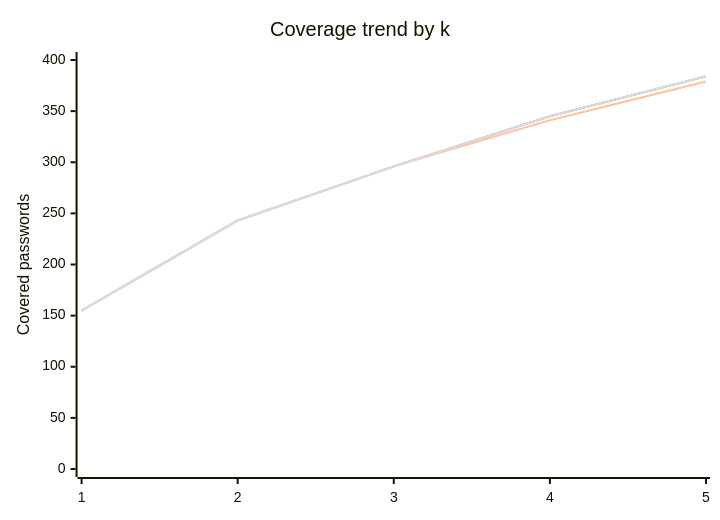
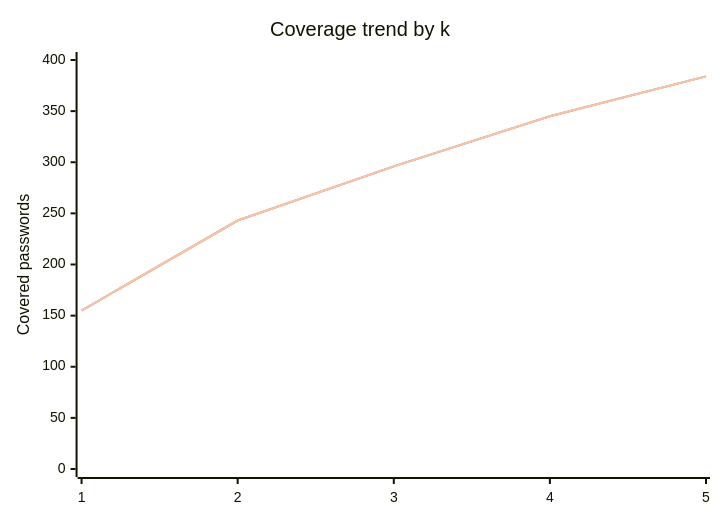
One commit to TranMinhCuong-Tech/password_checking changed the diagram in comparations.md. Above: the diagram before and after it, drawn with Mermaid. The commit also changed other lines of this file and 4 other files, not shown here.

Commit message:
Refactor algorithm documentation and update README, comparations, test cases, and wiki to remove Beam Search and Local Search; adjust algorithm listings and descriptions for clarity and consistency.

````diff
--- a/comparations.md
+++ b/comparations.md
@@ -34,10 +34,9 @@
 ```mermaid
 xychart-beta
     title "Coverage trend by k"
     x-axis [1, 2, 3, 4, 5]
     y-axis "Covered passwords" 0 --> 400
     line "Brute Force" [155, 243, 296, 345, 384]
     line "Greedy" [155, 243, 296, 345, 384]
-    line "Beam Search" [155, 243, 296, 341, 379]
     line "Dynamic Programming" [155, 243, 296, 345, 384]
 ```
````
